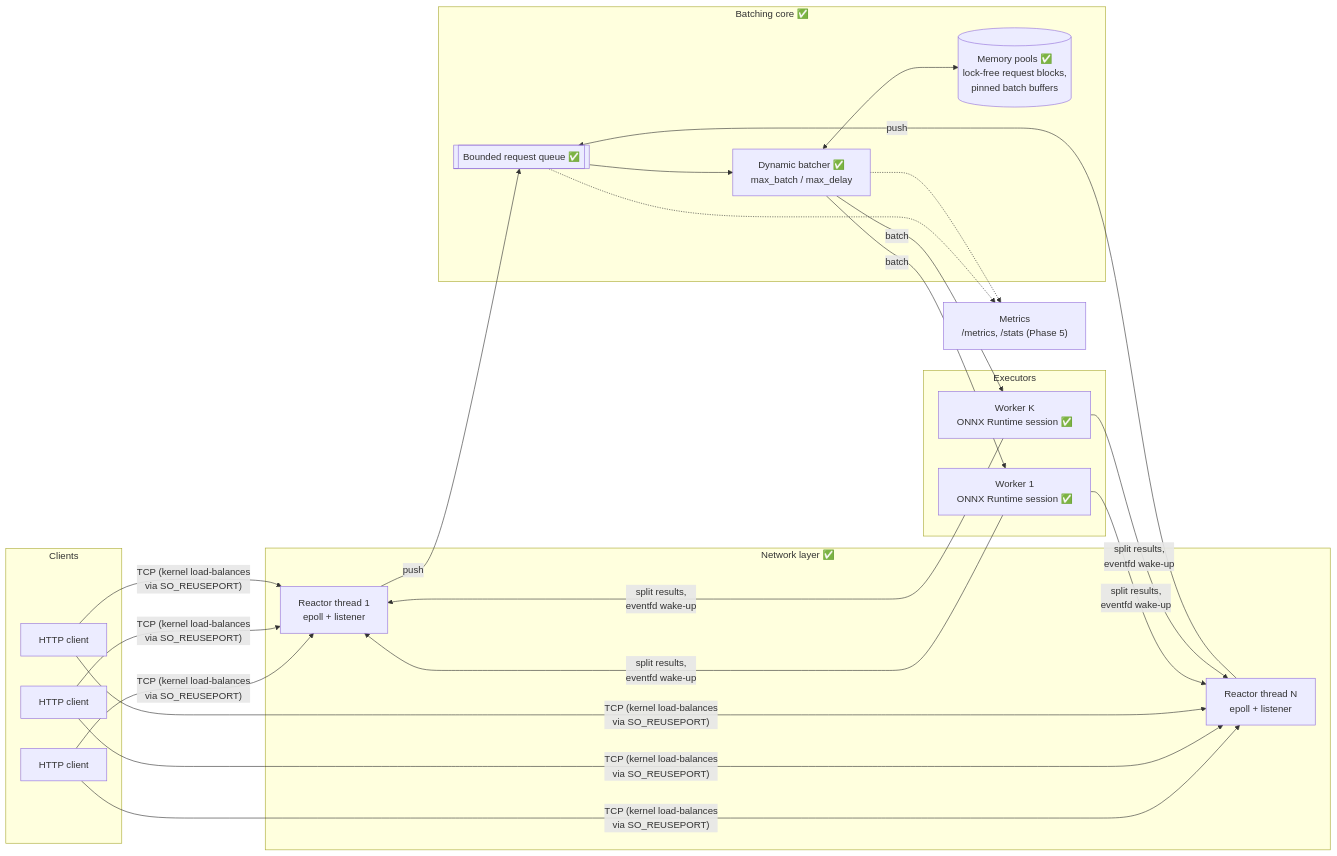
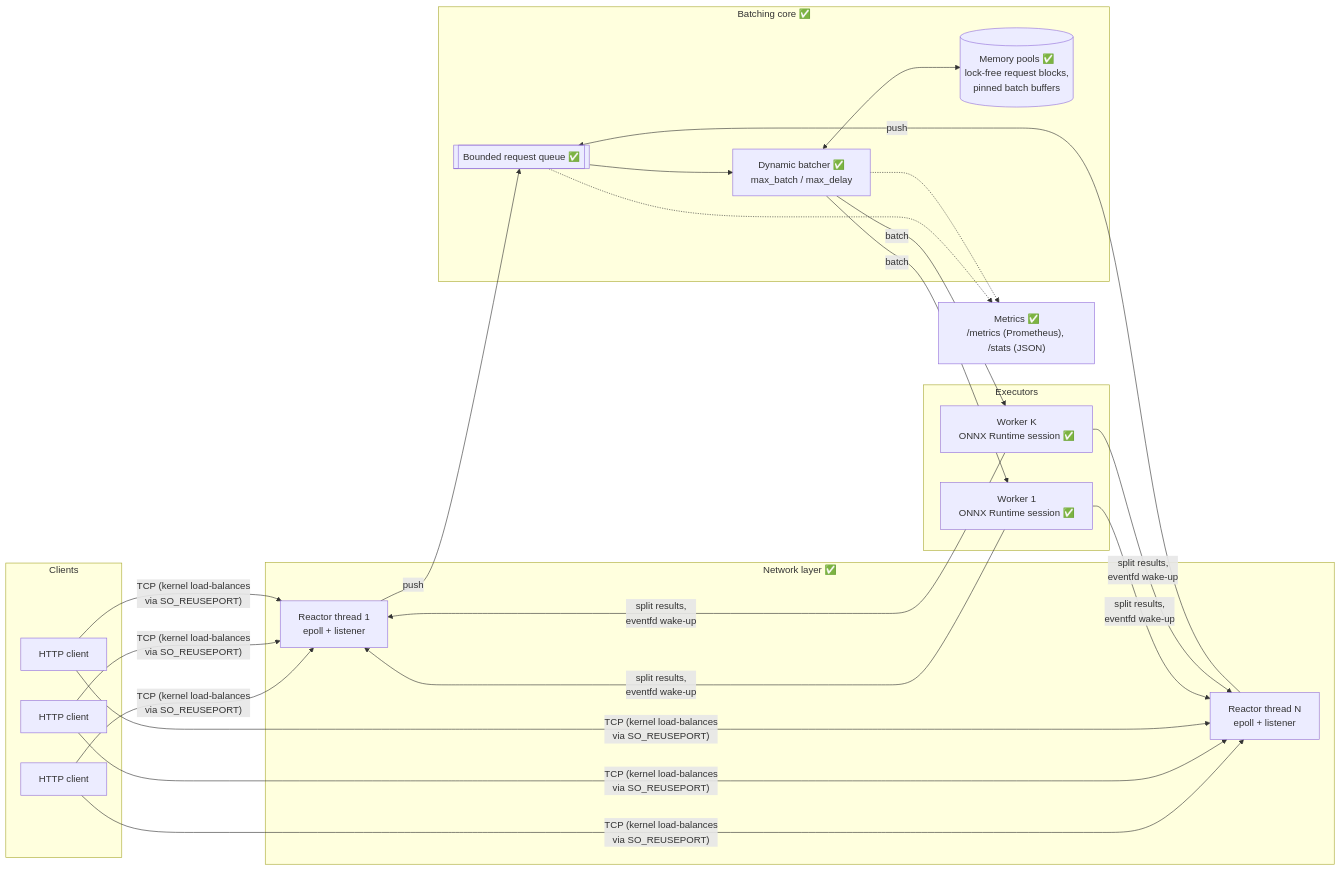
One commit to Agent-Twilight7/cpp-ml-inference-server changed the second of 9 diagrams in README.md. Above: the diagram before and after it, drawn with Mermaid. The commit also changed other lines of this file and 16 other files, not shown here.

First line of the commit message:
Phase 5: metrics - lock-free histograms, /stats and /metrics

````diff
--- a/README.md
+++ b/README.md
@@ -104,34 +107,34 @@
 ```mermaid
 flowchart LR
     subgraph clients[Clients]
         c1[HTTP client]
         c2[HTTP client]
         c3[HTTP client]
     end
 
     subgraph net["Network layer ✅"]
         r1["Reactor thread 1<br/>epoll + listener"]
         r2["Reactor thread N<br/>epoll + listener"]
     end
 
     subgraph core["Batching core ✅"]
         q[["Bounded request queue ✅"]]
         b["Dynamic batcher ✅<br/>max_batch / max_delay"]
         mp[("Memory pools ✅<br/>lock-free request blocks,<br/>pinned batch buffers")]
     end
 
     subgraph exec["Executors"]
         w1["Worker 1<br/>ONNX Runtime session ✅"]
         w2["Worker K<br/>ONNX Runtime session ✅"]
     end
 
-    m["Metrics<br/>/metrics, /stats (Phase 5)"]
+    m["Metrics ✅<br/>/metrics (Prometheus), /stats (JSON)"]
 
     c1 & c2 & c3 -->|"TCP (kernel load-balances<br/>via SO_REUSEPORT)"| r1 & r2
     r1 & r2 -->|push| q --> b
     b <--> mp
     b -->|batch| w1 & w2
     w1 & w2 -->|"split results,<br/>eventfd wake-up"| r1 & r2
     q -.-> m
     b -.-> m
 ```
````
